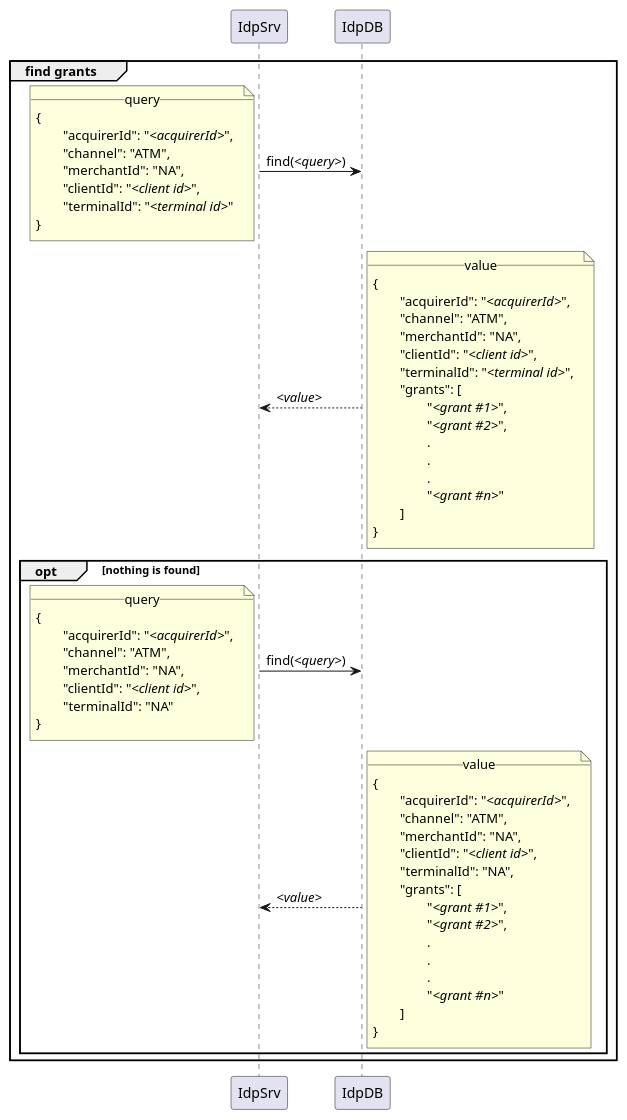
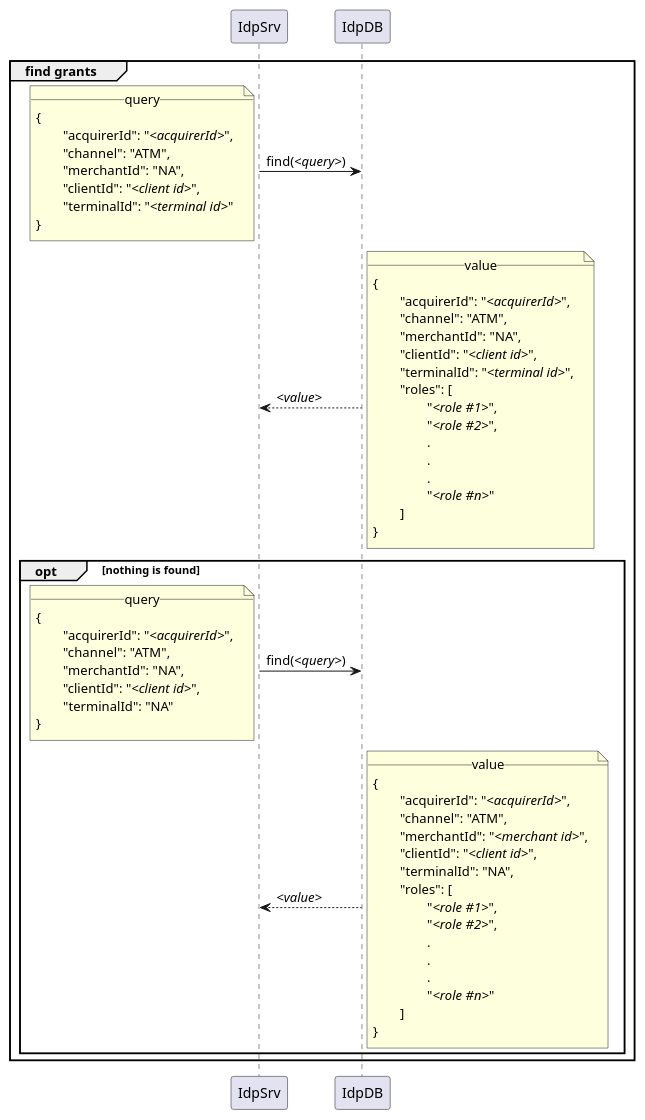
The diagram in sequence_diags/auth/atm_layer/find_grants.puml (pagopa/mil-diags), drawn with PlantUML before and after one commit. The commit also changed 16 other files, not shown here.

```diff
--- a/sequence_diags/auth/atm_layer/find_grants.puml
+++ b/sequence_diags/auth/atm_layer/find_grants.puml
@@ -1,70 +1,70 @@
 @startuml
 group find grants
 	IdpSrv -> IdpDB : find(//<query>//)
 		note left
 			__query__
 			{
 				"acquirerId": "//<acquirerId>//",
 				"channel": "ATM",
 				"merchantId": "NA",
 				"clientId": "//<client id>//",
 				"terminalId": "//<terminal id>//"
 			}
 		end note
 		
 	IdpDB --> IdpSrv : //<value>//
 		note right
 			__value__
 			{
 				"acquirerId": "//<acquirerId>//",
 				"channel": "ATM",
 				"merchantId": "NA",
 				"clientId": "//<client id>//",
 				"terminalId": "//<terminal id>//",
-				"grants": [
-					"//<grant #1>//",
-					"//<grant #2>//",
+				"roles": [
+					"//<role #1>//",
+					"//<role #2>//",
 					.
 					.
 					.
-					"//<grant #n>//"
+					"//<role #n>//"
 				]
 			}
 		end note
 
 
 	opt nothing is found
 		IdpSrv -> IdpDB : find(//<query>//)
 			note left
 				__query__
 				{
 					"acquirerId": "//<acquirerId>//",
 					"channel": "ATM",
 					"merchantId": "NA",
 					"clientId": "//<client id>//",
 					"terminalId": "NA"
 				}
 			end note
 
 		IdpDB --> IdpSrv : //<value>//
 			note right
 				__value__
 				{
 					"acquirerId": "//<acquirerId>//",
 					"channel": "ATM",
-					"merchantId": "NA",
+					"merchantId": "//<merchant id>//",
 					"clientId": "//<client id>//",
 					"terminalId": "NA",
-					"grants": [
-						"//<grant #1>//",
-						"//<grant #2>//",
+					"roles": [
+						"//<role #1>//",
+						"//<role #2>//",
 						.
 						.
 						.
-						"//<grant #n>//"
+						"//<role #n>//"
 					]
 				}
 			end note
 	end
 end
 @enduml
```
